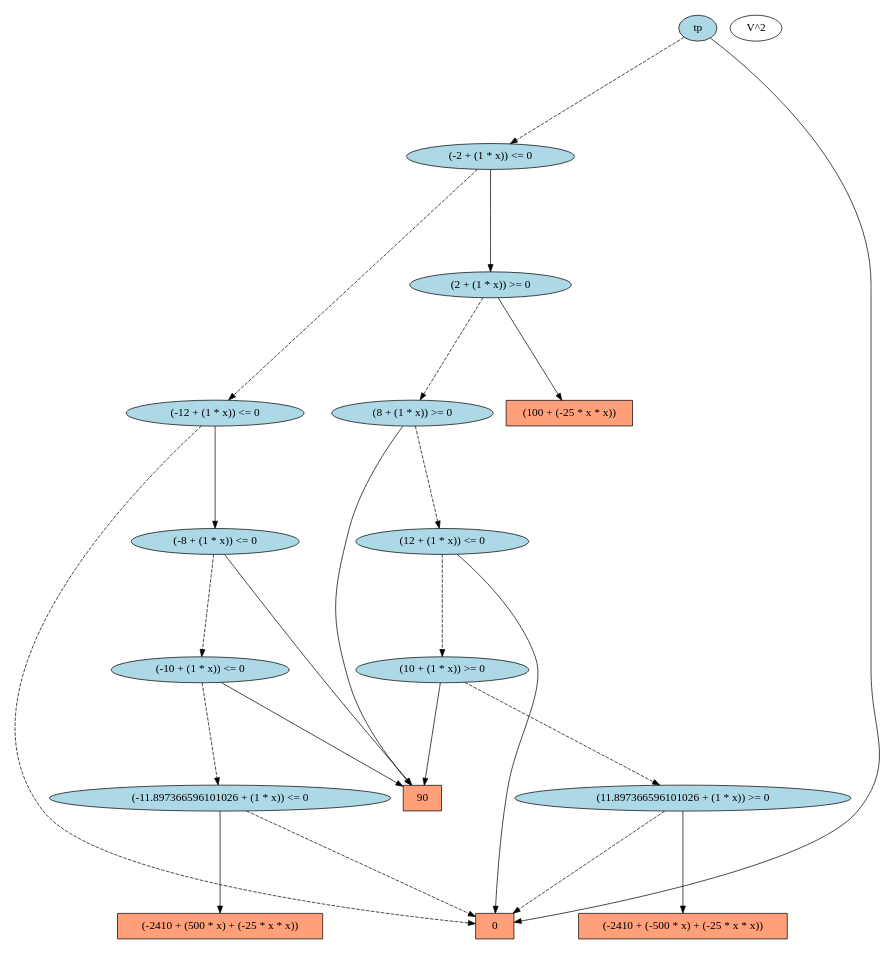
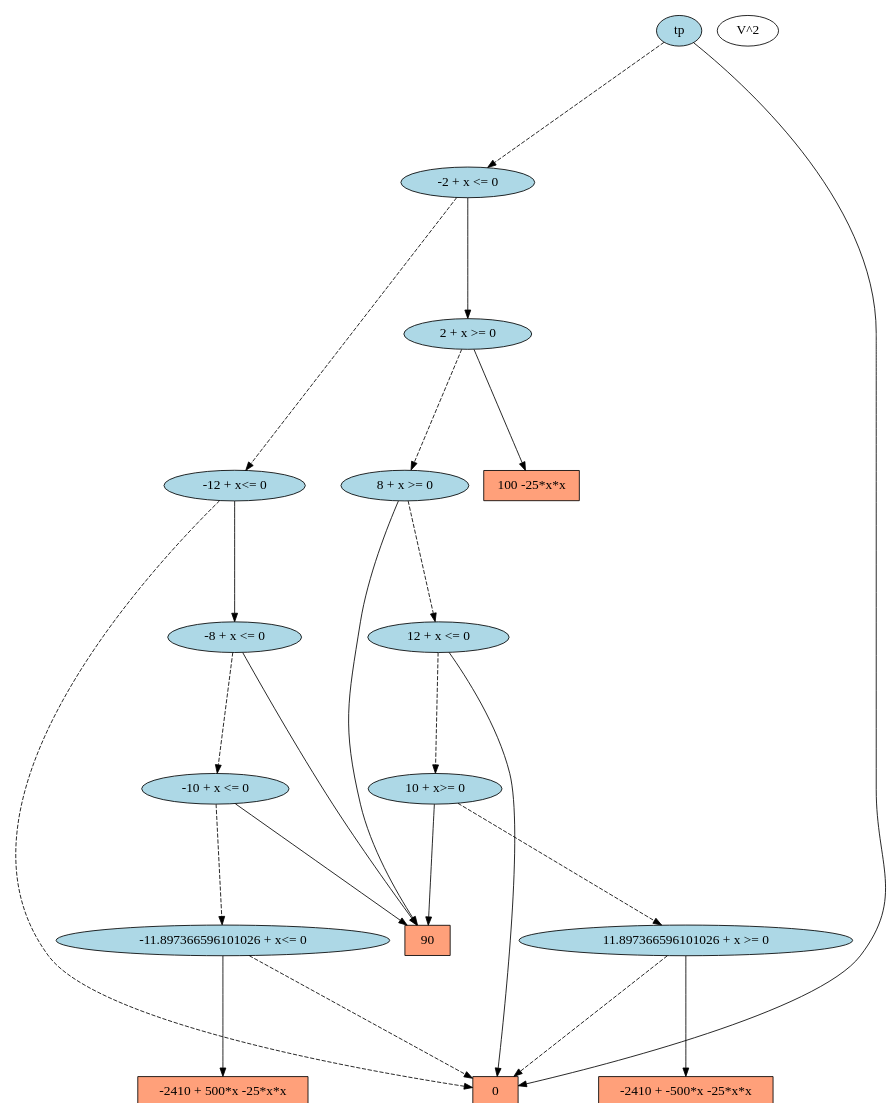
The diagram in paper/Figures1/V2.dot (ssanner/xadd-inference), drawn with Graphviz before and after one commit. The commit also changed 18 other files, not shown here.

```diff
--- a/paper/Figures1/V2.dot
+++ b/paper/Figures1/V2.dot
@@ -1,44 +1,44 @@
 digraph G { 
 graph [ fontname = "Helvetica",fontsize="16",ratio = "auto",
         size="7.5,10",ranksep="2.00" ];
 node [fontsize="16"];
-"262" [label="(-2410 + (-500 * x) + (-25 * x * x))",fillcolor=lightsalmon,color=black,shape=box,style=filled];
+"262" [label="-2410 + -500*x -25*x*x",fillcolor=lightsalmon,color=black,shape=box,style=filled];
 "503" [label="tp",fillcolor=lightblue,color=black,shape=ellipse,style=filled];
-"473" [label="(11.897366596101026 + (1 * x)) >= 0",fillcolor=lightblue,color=black,shape=ellipse,style=filled];
-"499" [label="(12 + (1 * x)) <= 0",fillcolor=lightblue,color=black,shape=ellipse,style=filled];
-"496" [label="(-8 + (1 * x)) <= 0",fillcolor=lightblue,color=black,shape=ellipse,style=filled];
-"501" [label="(2 + (1 * x)) >= 0",fillcolor=lightblue,color=black,shape=ellipse,style=filled];
-"502" [label="(-2 + (1 * x)) <= 0",fillcolor=lightblue,color=black,shape=ellipse,style=filled];
-"495" [label="(-10 + (1 * x)) <= 0",fillcolor=lightblue,color=black,shape=ellipse,style=filled];
-"498" [label="(10 + (1 * x)) >= 0",fillcolor=lightblue,color=black,shape=ellipse,style=filled];
-"497" [label="(-12 + (1 * x)) <= 0",fillcolor=lightblue,color=black,shape=ellipse,style=filled];
-"500" [label="(8 + (1 * x)) >= 0",fillcolor=lightblue,color=black,shape=ellipse,style=filled];
+"473" [label="11.897366596101026 + x >= 0",fillcolor=lightblue,color=black,shape=ellipse,style=filled];
+"499" [label="12 + x <= 0",fillcolor=lightblue,color=black,shape=ellipse,style=filled];
+"496" [label="-8 + x <= 0",fillcolor=lightblue,color=black,shape=ellipse,style=filled];
+"501" [label="2 + x >= 0",fillcolor=lightblue,color=black,shape=ellipse,style=filled];
+"502" [label="-2 + x <= 0",fillcolor=lightblue,color=black,shape=ellipse,style=filled];
+"495" [label="-10 + x <= 0",fillcolor=lightblue,color=black,shape=ellipse,style=filled];
+"498" [label="10 + x>= 0",fillcolor=lightblue,color=black,shape=ellipse,style=filled];
+"497" [label="-12 + x<= 0",fillcolor=lightblue,color=black,shape=ellipse,style=filled];
+"500" [label="8 + x >= 0",fillcolor=lightblue,color=black,shape=ellipse,style=filled];
 "1" [label="0",fillcolor=lightsalmon,color=black,shape=box,style=filled];
-"494" [label="(-11.897366596101026 + (1 * x)) <= 0",fillcolor=lightblue,color=black,shape=ellipse,style=filled];
+"494" [label="-11.897366596101026 + x<= 0",fillcolor=lightblue,color=black,shape=ellipse,style=filled];
 "199" [label="90",fillcolor=lightsalmon,color=black,shape=box,style=filled];
-"231" [label="(-2410 + (500 * x) + (-25 * x * x))",fillcolor=lightsalmon,color=black,shape=box,style=filled];
-"9" [label="(100 + (-25 * x * x))",fillcolor=lightsalmon,color=black,shape=box,style=filled];
+"231" [label="-2410 + 500*x -25*x*x",fillcolor=lightsalmon,color=black,shape=box,style=filled];
+"9" [label="100 -25*x*x",fillcolor=lightsalmon,color=black,shape=box,style=filled];
 "_temp_" [label="V^2",fillcolor=lightblue,color=black];
 "503" -> "1" [color=black,style=solid];
 "503" -> "502" [color=black,style=dashed];
 "473" -> "262" [color=black,style=solid];
 "473" -> "1" [color=black,style=dashed];
 "499" -> "1" [color=black,style=solid];
 "499" -> "498" [color=black,style=dashed];
 "496" -> "199" [color=black,style=solid];
 "496" -> "495" [color=black,style=dashed];
 "501" -> "9" [color=black,style=solid];
 "501" -> "500" [color=black,style=dashed];
 "502" -> "501" [color=black,style=solid];
 "502" -> "497" [color=black,style=dashed];
 "495" -> "494" [color=black,style=dashed];
 "495" -> "199" [color=black,style=solid];
 "498" -> "199" [color=black,style=solid];
 "498" -> "473" [color=black,style=dashed];
 "497" -> "1" [color=black,style=dashed];
 "497" -> "496" [color=black,style=solid];
 "500" -> "199" [color=black,style=solid];
 "500" -> "499" [color=black,style=dashed];
 "494" -> "1" [color=black,style=dashed];
 "494" -> "231" [color=black,style=solid];
 }
```
